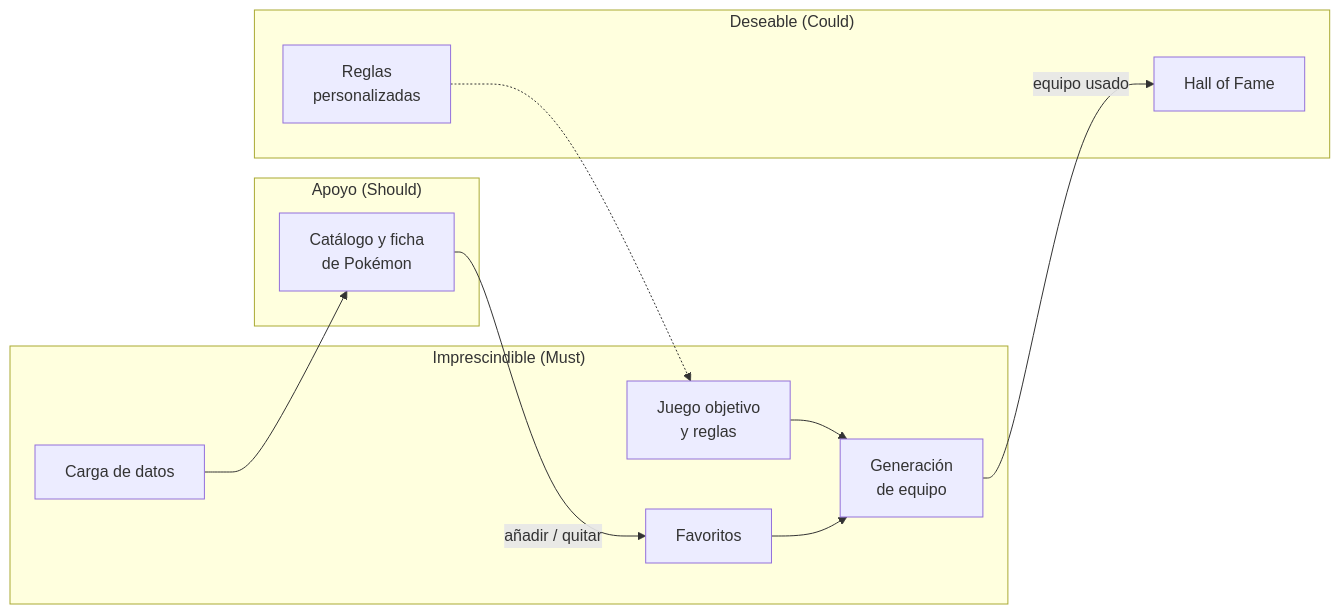
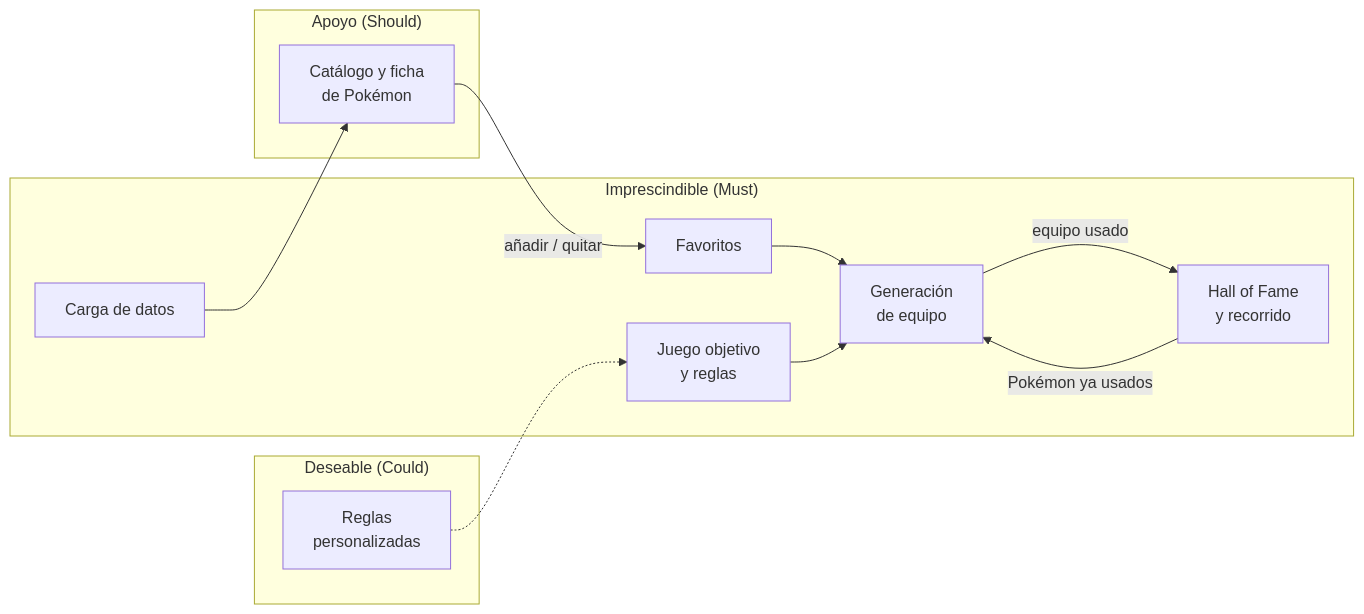
One commit to AlbertoMercado/pokemon-team-builder changed the diagram in docs/01-ddf/index.md. Above: the diagram before and after it, drawn with Mermaid. The commit also changed other lines of this file and 7 other files, not shown here.

````diff
--- a/docs/01-ddf/index.md
+++ b/docs/01-ddf/index.md
@@ -51,22 +50,23 @@
 ```mermaid
 flowchart LR
     subgraph must ["Imprescindible (Must)"]
         DAT[Carga de datos]
         FAV[Favoritos]
         REG[Juego objetivo<br/>y reglas]
         GEN[Generación<br/>de equipo]
+        HOF[Hall of Fame<br/>y recorrido]
     end
     subgraph should ["Apoyo (Should)"]
         CAT[Catálogo y ficha<br/>de Pokémon]
     end
     subgraph could ["Deseable (Could)"]
-        HOF[Hall of Fame]
         PER[Reglas<br/>personalizadas]
     end
     DAT --> CAT
     CAT -- añadir / quitar --> FAV
     FAV --> GEN
     REG --> GEN
     PER -.-> REG
     GEN -- equipo usado --> HOF
+    HOF -- Pokémon ya usados --> GEN
 ```
````
